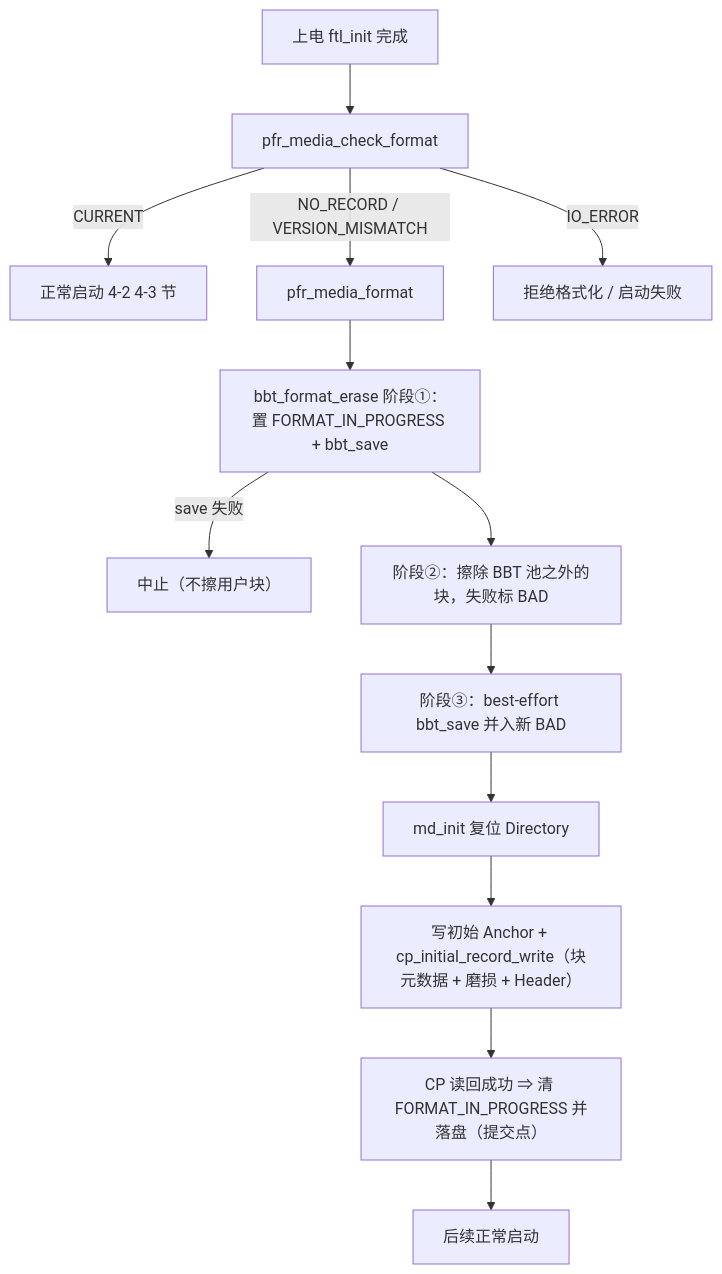
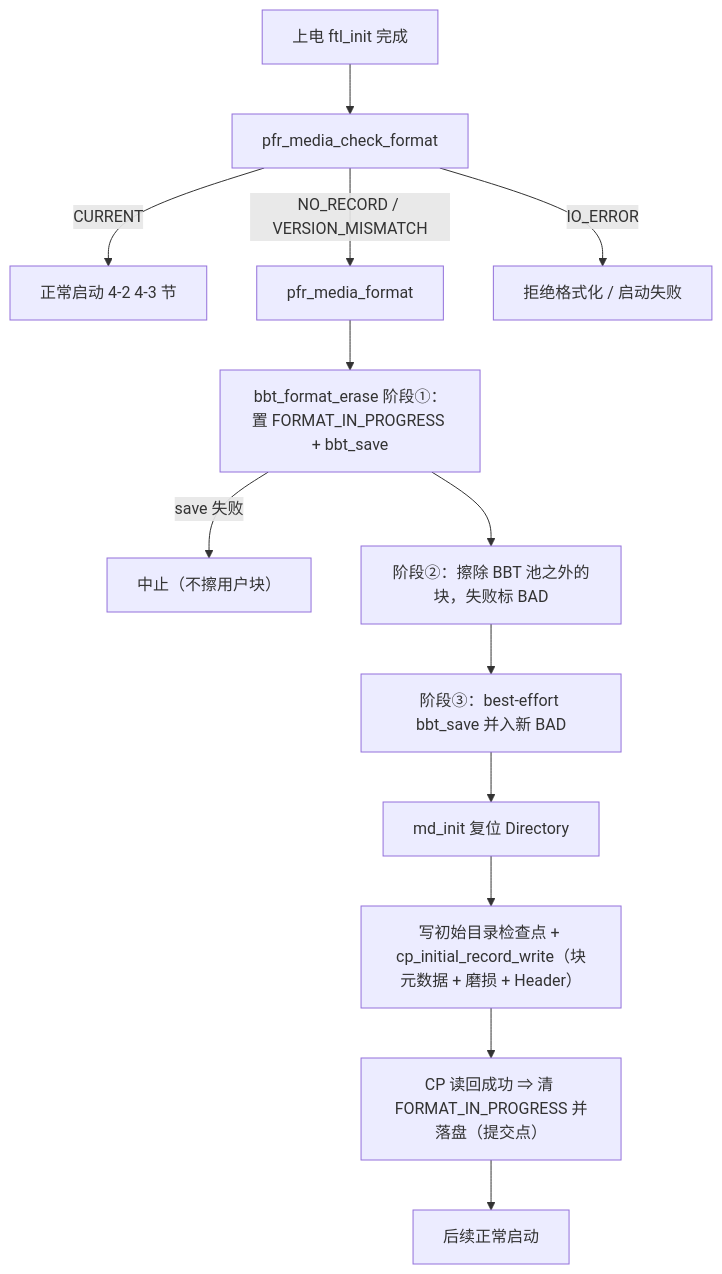
Diagram 25 of 34 in docs/design/ftl_design.md (YzYMIAO/BASESSD), drawn with Mermaid before and after one commit. The commit also changed other lines of this file and 45 other files, not shown here.

````diff
--- a/docs/design/ftl_design.md
+++ b/docs/design/ftl_design.md
@@ -4306,15 +4308,15 @@
 ```mermaid
 flowchart TD
     A["上电 ftl_init 完成"] --> B["pfr_media_check_format"]
     B -- "CURRENT" --> C["正常启动 4-2 4-3 节"]
     B -- "NO_RECORD / VERSION_MISMATCH" --> D["pfr_media_format"]
     B -- "IO_ERROR" --> H["拒绝格式化 / 启动失败"]
     D --> D1["bbt_format_erase 阶段①：置 FORMAT_IN_PROGRESS + bbt_save"]
     D1 -- "save 失败" --> H2["中止（不擦用户块）"]
     D1 --> D2["阶段②：擦除 BBT 池之外的块，失败标 BAD"]
     D2 --> D3["阶段③：best-effort bbt_save 并入新 BAD"]
     D3 --> D4["md_init 复位 Directory"]
-    D4 --> D5["写初始 Anchor + cp_initial_record_write（块元数据 + 磨损 + Header）"]
+    D4 --> D5["写初始目录检查点 + cp_initial_record_write（块元数据 + 磨损 + Header）"]
     D5 --> D6["CP 读回成功 ⇒ 清 FORMAT_IN_PROGRESS 并落盘（提交点）"]
     D6 --> E["后续正常启动"]
 ```
````
